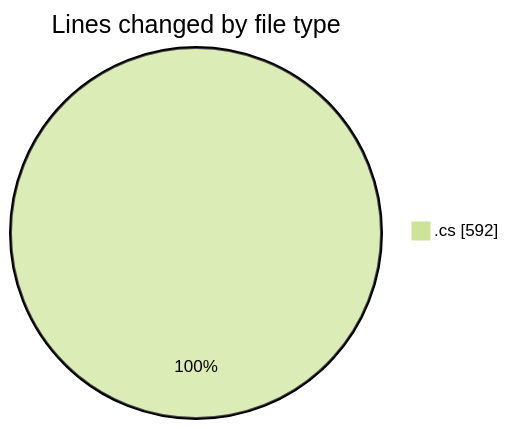
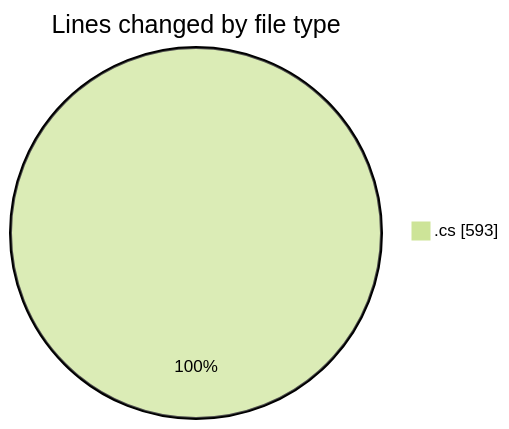
One commit to Netris89/code-tracking changed the first of 2 diagrams in 2025-04-02/back-end/README.md. Above: the diagram before and after it, drawn with Mermaid (forest theme). The commit also changed other lines of this file and 1 other file, not shown here.

````diff
--- a/2025-04-02/back-end/README.md
+++ b/2025-04-02/back-end/README.md
@@ -22,5 +22,5 @@
 ```mermaid
 pie showData
 title Lines changed by file type
-".cs" : 592
+".cs" : 593
 ```
````
